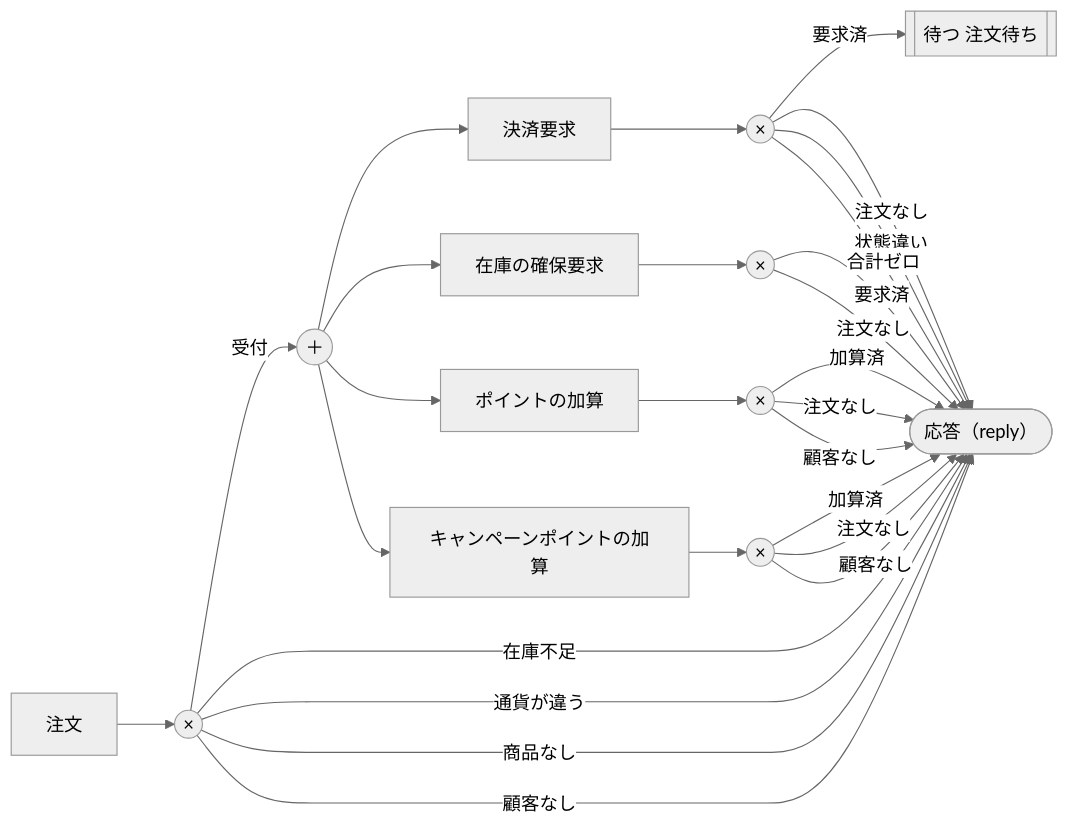
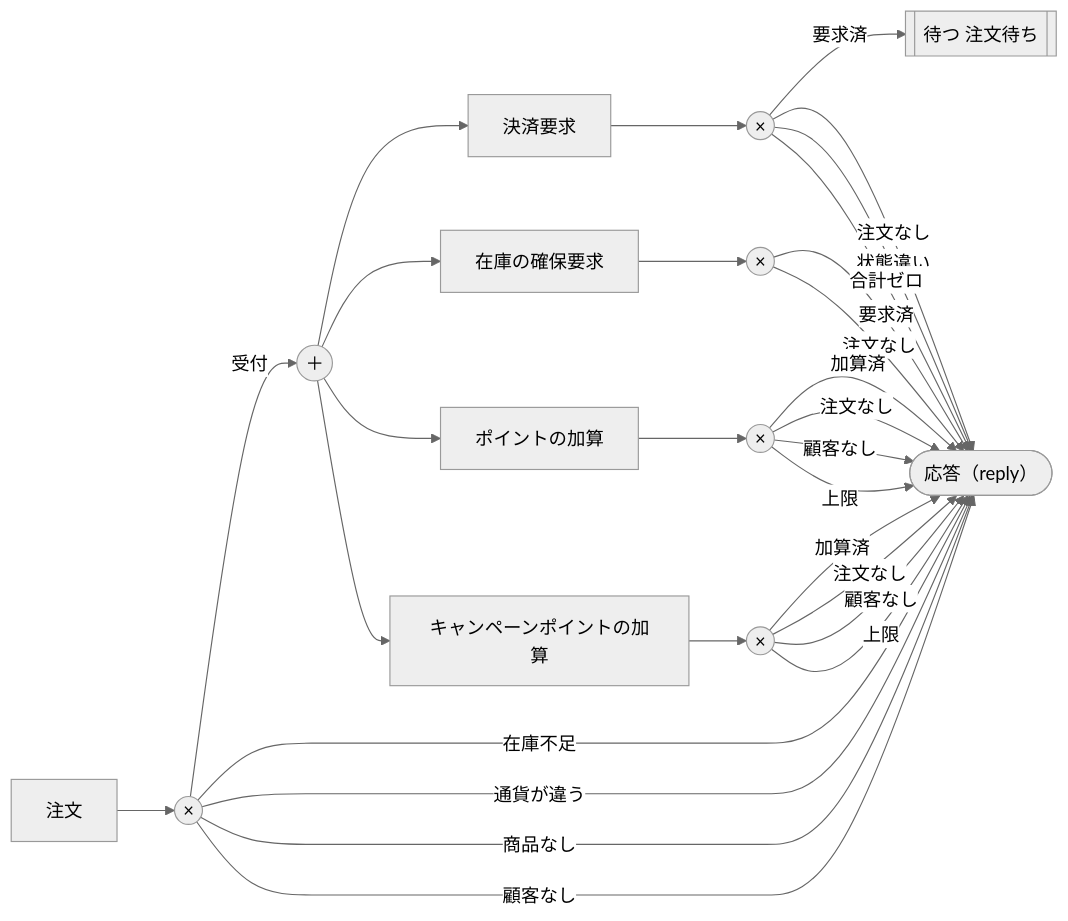
One commit to tazyamah/geas changed the first of 5 diagrams in tests/fixtures/overseas_shop/overseas_shop_spec.md. Above: the diagram before and after it, drawn with Mermaid (neutral theme). The commit also changed other lines of this file and 15 other files, not shown here.

````diff
--- a/tests/fixtures/overseas_shop/overseas_shop_spec.md
+++ b/tests/fixtures/overseas_shop/overseas_shop_spec.md
@@ -67,42 +67,44 @@
 ```mermaid
 flowchart LR
     n0["注文"]
     n1(("×"))
     n0 --> n1
     n2(("＋"))
     n1 -- "受付" --> n2
     n3["決済要求"]
     n4["在庫の確保要求"]
     n5["ポイントの加算"]
     n6["キャンペーンポイントの加算"]
     n2 --> n3
     n2 --> n4
     n2 --> n5
     n2 --> n6
     n7(["応答（reply）"])
     n1 -- "在庫不足" --> n7
     n1 -- "通貨が違う" --> n7
     n1 -- "商品なし" --> n7
     n1 -- "顧客なし" --> n7
     n8(("×"))
     n3 --> n8
     n9[["待つ 注文待ち"]]
     n8 -- "要求済" --> n9
     n8 -- "注文なし" --> n7
     n8 -- "状態違い" --> n7
     n8 -- "合計ゼロ" --> n7
     n10(("×"))
     n4 --> n10
     n10 -- "要求済" --> n7
     n10 -- "注文なし" --> n7
     n11(("×"))
     n5 --> n11
     n11 -- "加算済" --> n7
     n11 -- "注文なし" --> n7
     n11 -- "顧客なし" --> n7
+    n11 -- "上限" --> n7
     n12(("×"))
     n6 --> n12
     n12 -- "加算済" --> n7
     n12 -- "注文なし" --> n7
     n12 -- "顧客なし" --> n7
+    n12 -- "上限" --> n7
 ```
````
